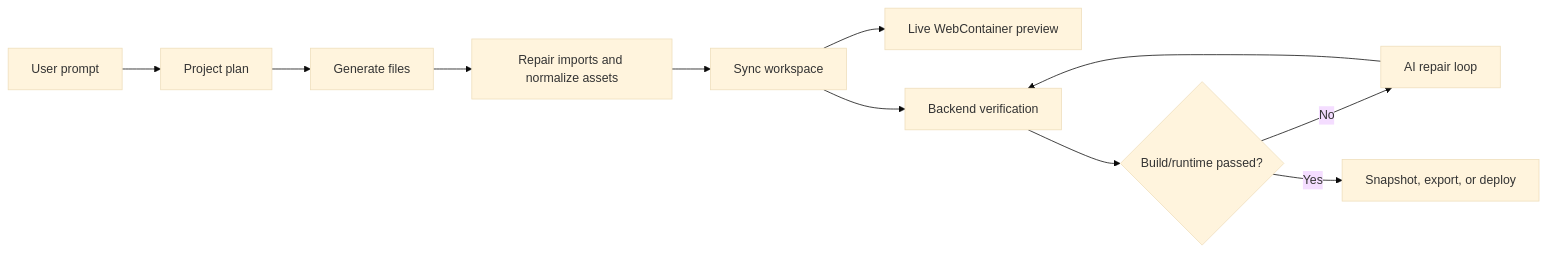
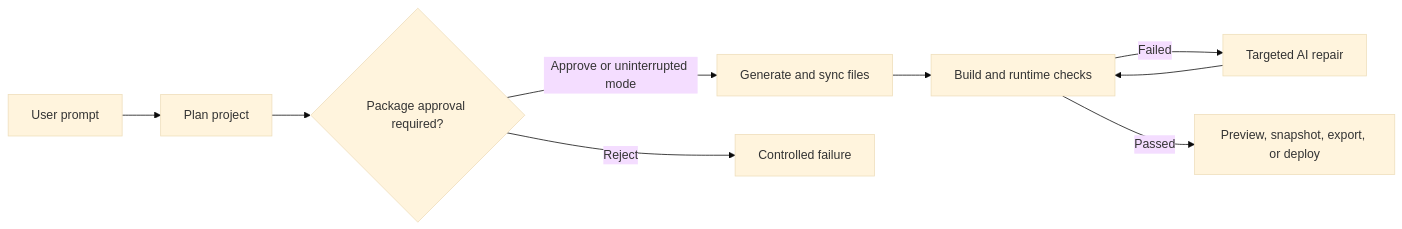
One commit to peter890176/website-builder-agent changed the diagram in README.md. Above: the diagram before and after it, drawn with Mermaid (base theme). The commit also changed other lines of this file and 4 other files, not shown here.

````diff
--- a/README.md
+++ b/README.md
@@ -31,13 +15,11 @@
 ```mermaid
 flowchart LR
-    A["User prompt"] --> B["Project plan"]
-    B --> C["Generate files"]
-    C --> D["Repair imports and normalize assets"]
-    D --> E["Sync workspace"]
-    E --> F["Live WebContainer preview"]
-    E --> G["Backend verification"]
-    G --> H{"Build/runtime passed?"}
-    H -- "No" --> I["AI repair loop"]
-    I --> G
-    H -- "Yes" --> J["Snapshot, export, or deploy"]
+    A["User prompt"] --> B["Plan project"]
+    B --> C{"Package approval required?"}
+    C -- "Approve or uninterrupted mode" --> D["Generate and sync files"]
+    C -- "Reject" --> X["Controlled failure"]
+    D --> E["Build and runtime checks"]
+    E -- "Failed" --> F["Targeted AI repair"]
+    F --> E
+    E -- "Passed" --> G["Preview, snapshot, export, or deploy"]
 ```
````
